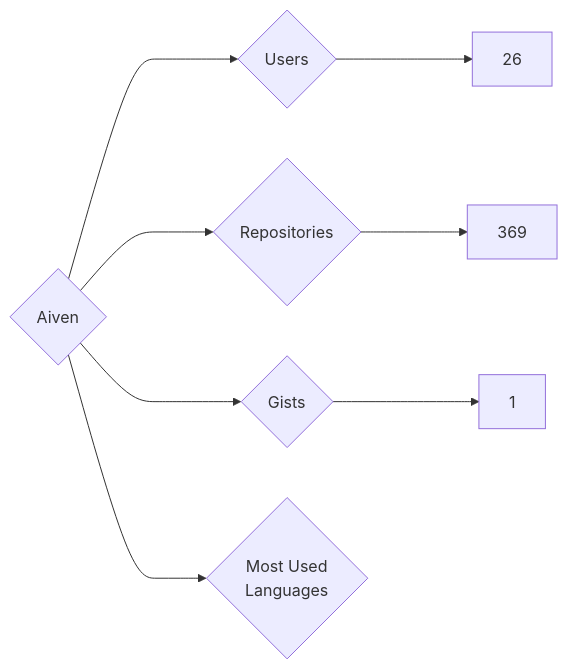
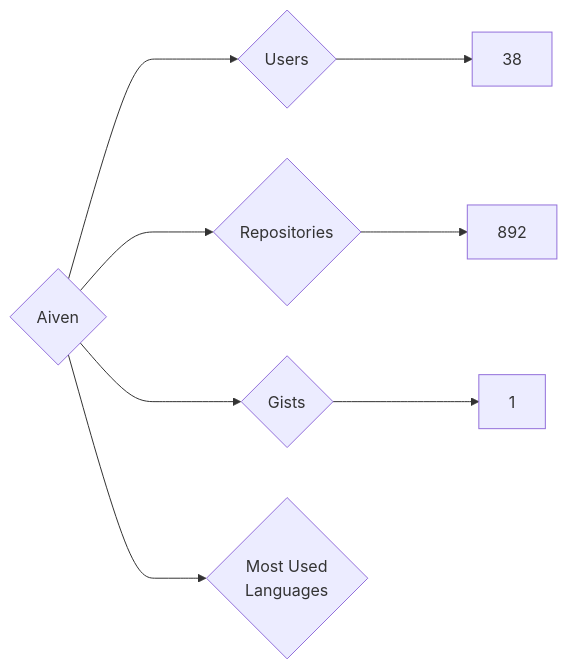
One commit to nenadzaric/insiders changed the diagram in targets/Aiven/README.md. Above: the diagram before and after it, drawn with Mermaid. The commit also changed 24 other files, not shown here.

````diff
--- a/targets/Aiven/README.md
+++ b/targets/Aiven/README.md
@@ -3,8 +3,8 @@
 ```mermaid
 graph LR
 COMPANY_NAME{Aiven}
-COMPANY_NAME ---> U{Users} ---> UN[26]
-COMPANY_NAME ---> R{Repositories} ---> RN[369]
+COMPANY_NAME ---> U{Users} ---> UN[38]
+COMPANY_NAME ---> R{Repositories} ---> RN[892]
 COMPANY_NAME ---> G{Gists} ---> GN[1]
 COMPANY_NAME ---> ML{Most Used<br>Languages}
 ```
````
